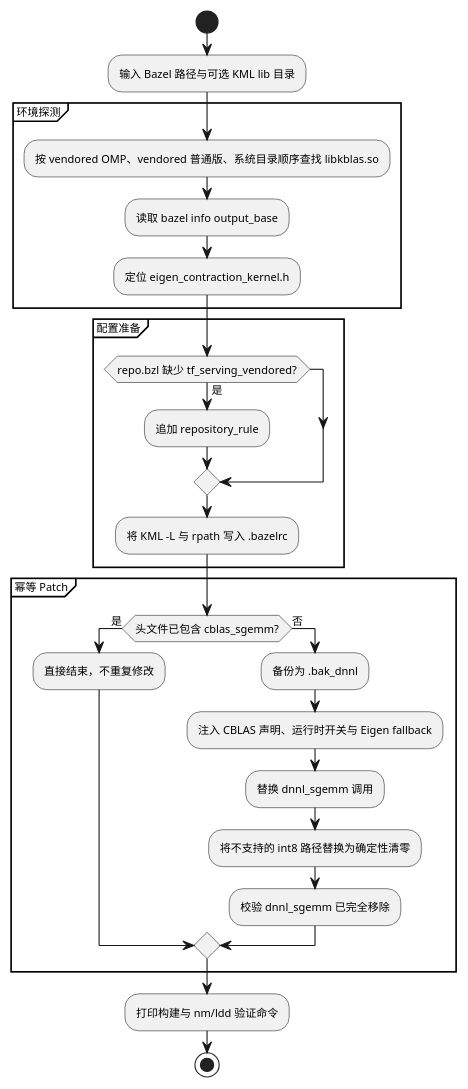
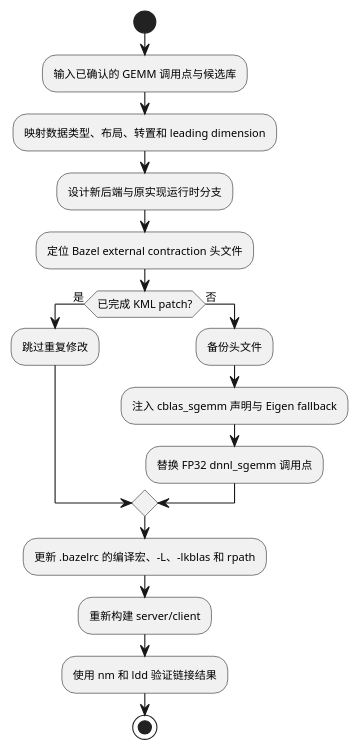
The seventh of 10 diagrams in references/detailed-design.md (wlmnzf40/kblas-gemm-tuning), drawn with PlantUML before and after one commit. The commit also changed other lines of this file, not shown here.

Commit message:
docs: restructure KML tuning design workflow

````diff
--- a/references/detailed-design.md
+++ b/references/detailed-design.md
@@ -299,35 +354,22 @@
 ```plantuml
 @startuml
 skinparam defaultFontName "Microsoft YaHei"
 skinparam defaultFontSize 10
 start
-:输入 Bazel 路径与可选 KML lib 目录;
-
-partition "环境探测" {
-  :按 vendored OMP、vendored 普通版、系统目录顺序查找 libkblas.so;
-  :读取 bazel info output_base;
-  :定位 eigen_contraction_kernel.h;
-}
-
-partition "配置准备" {
-  if (repo.bzl 缺少 tf_serving_vendored?) then (是)
-    :追加 repository_rule;
-  endif
-  :将 KML -L 与 rpath 写入 .bazelrc;
-}
-
-partition "幂等 Patch" {
-  if (头文件已包含 cblas_sgemm?) then (是)
-    :直接结束，不重复修改;
-  else (否)
-    :备份为 .bak_dnnl;
-    :注入 CBLAS 声明、运行时开关与 Eigen fallback;
-    :替换 dnnl_sgemm 调用;
-    :将不支持的 int8 路径替换为确定性清零;
-    :校验 dnnl_sgemm 已完全移除;
-  endif
-}
-:打印构建与 nm/ldd 验证命令;
+:输入已确认的 GEMM 调用点与候选库;
+:映射数据类型、布局、转置和 leading dimension;
+:设计新后端与原实现运行时分支;
+:定位 Bazel external contraction 头文件;
+if (已完成 KML patch?) then (是)
+  :跳过重复修改;
+else (否)
+  :备份头文件;
+  :注入 cblas_sgemm 声明与 Eigen fallback;
+  :替换 FP32 dnnl_sgemm 调用点;
+endif
+:更新 .bazelrc 的编译宏、-L、-lkblas 和 rpath;
+:重新构建 server/client;
+:使用 nm 和 ldd 验证链接结果;
 stop
 @enduml
 ```
````
